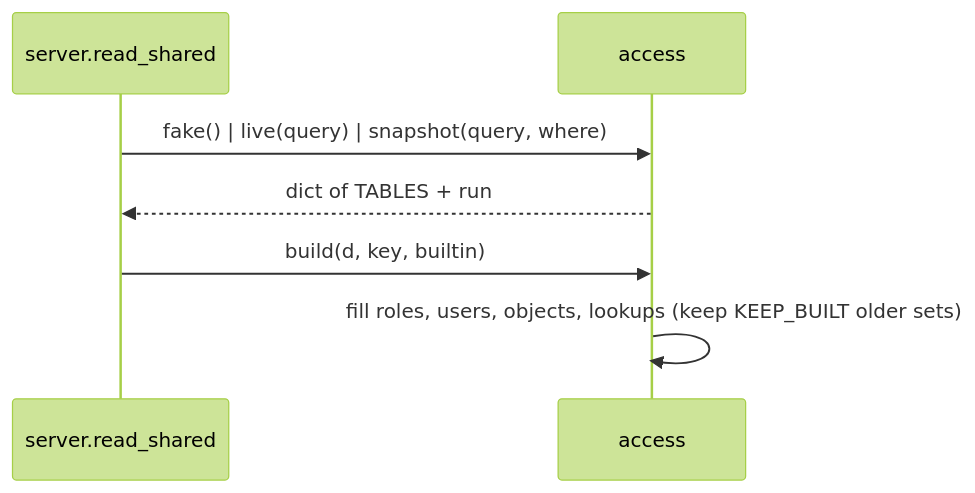
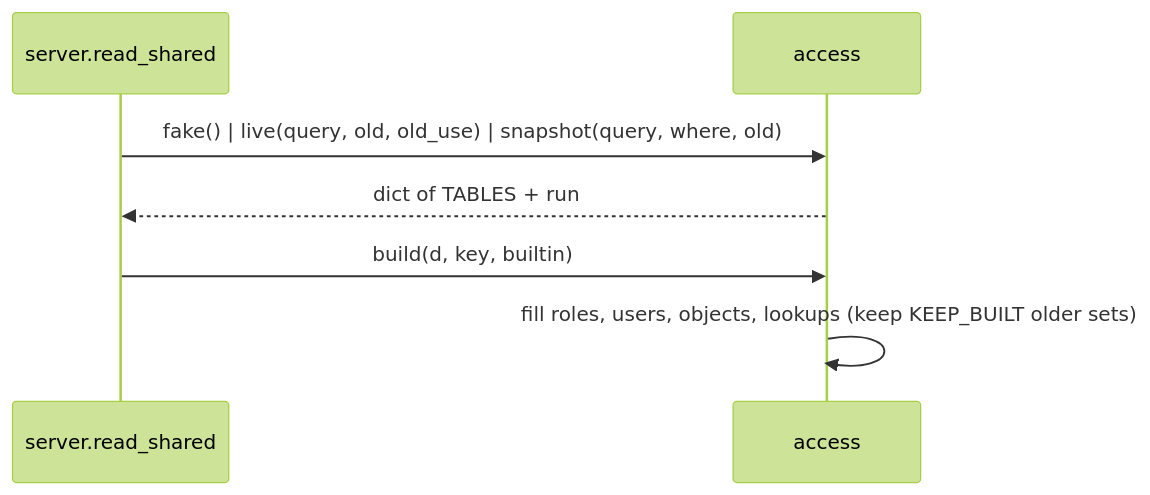
One commit to darshanmeel/snowflake-access-explorer changed the second of 2 diagrams in snowflake-access-explorer-knowledge-graph/modules/access.md. Above: the diagram before and after it, drawn with Mermaid (forest theme). The commit also changed other lines of this file and 79 other files, not shown here.

Commit message:
Knowledge graph: STATEMENT_TIMEOUT, WORKERS, ACTIVITY, HIERARCHY, progress lines, shared ACCESS_HISTORY read, procedure batching; node lines re-synced

````diff
--- a/snowflake-access-explorer-knowledge-graph/modules/access.md
+++ b/snowflake-access-explorer-knowledge-graph/modules/access.md
@@ -60,9 +61,9 @@
 ```mermaid
 sequenceDiagram
   participant S as server.read_shared
   participant A as access
-  S->>A: fake() | live(query) | snapshot(query, where)
+  S->>A: fake() | live(query, old, old_use) | snapshot(query, where, old)
   A-->>S: dict of TABLES + run
   S->>A: build(d, key, builtin)
   A->>A: fill roles, users, objects, lookups (keep KEEP_BUILT older sets)
 ```
````
